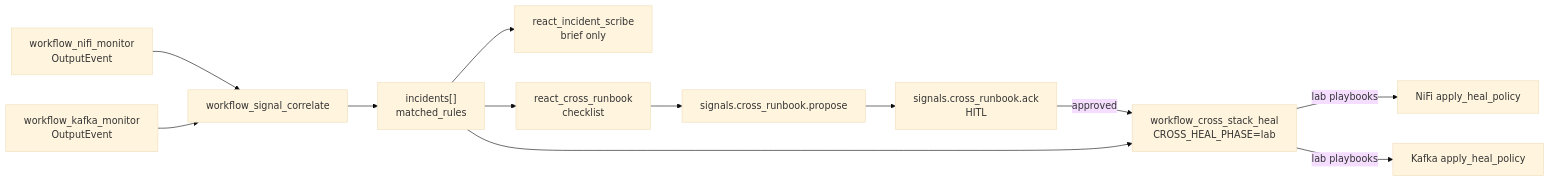
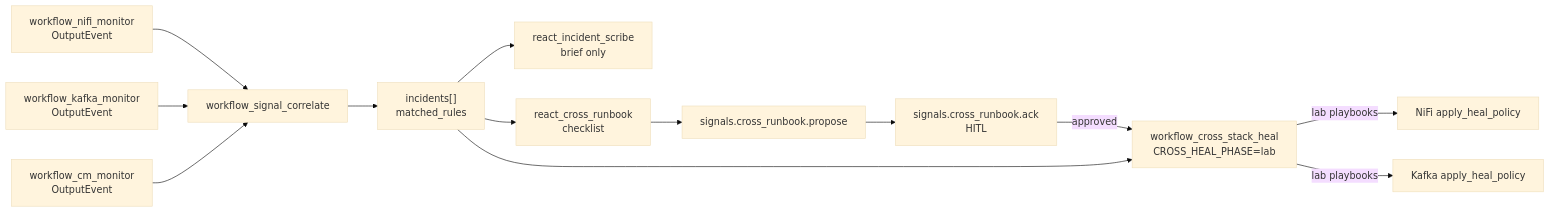
The first of 3 diagrams in docs/SIGNAL_CORRELATE.md (BrooksIan/FlinkDockerWithAgents), drawn with Mermaid (base theme) before and after one commit. The commit also changed other lines of this file and 62 other files, not shown here.

````diff
--- a/docs/SIGNAL_CORRELATE.md
+++ b/docs/SIGNAL_CORRELATE.md
@@ -7,14 +7,15 @@
 ```mermaid
 flowchart LR
   N["workflow_nifi_monitor\nOutputEvent"] --> C["workflow_signal_correlate"]
   K["workflow_kafka_monitor\nOutputEvent"] --> C
+  CM["workflow_cm_monitor\nOutputEvent"] --> C
   C --> I["incidents[]\nmatched_rules"]
   I --> S["react_incident_scribe\nbrief only"]
   I --> R["react_cross_runbook\nchecklist"]
   R --> P["signals.cross_runbook.propose"]
   P --> A["signals.cross_runbook.ack\nHITL"]
   A -->|approved| H["workflow_cross_stack_heal\nCROSS_HEAL_PHASE=lab"]
   I --> H
   H -->|"lab playbooks"| NifiMut["NiFi apply_heal_policy"]
   H -->|"lab playbooks"| KafkaMut["Kafka apply_heal_policy"]
 ```
````
